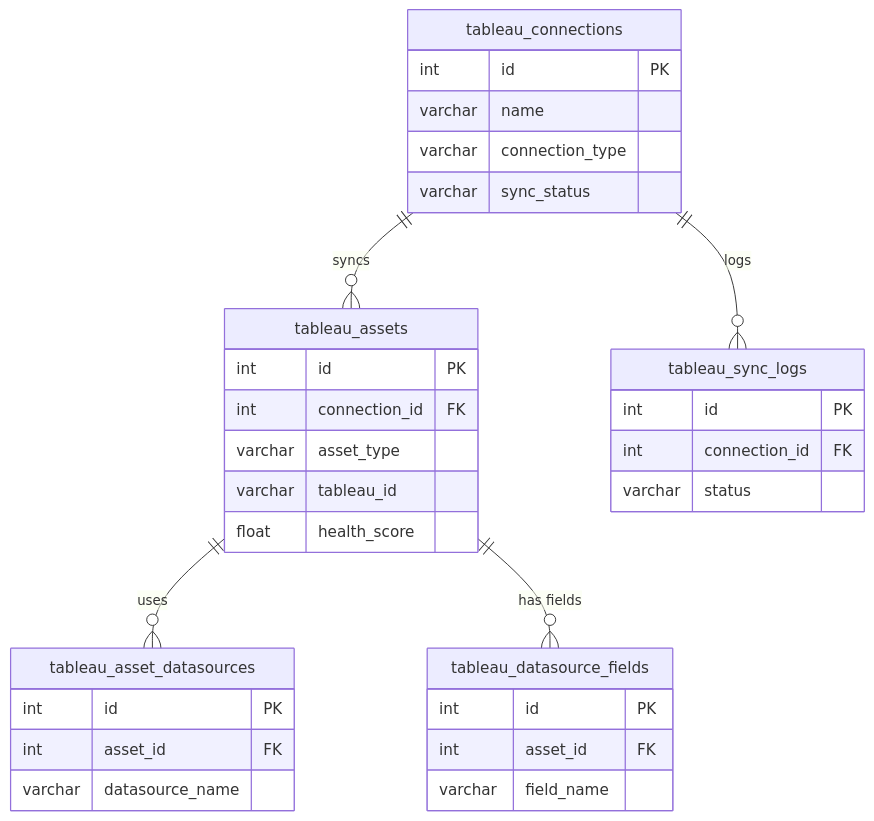
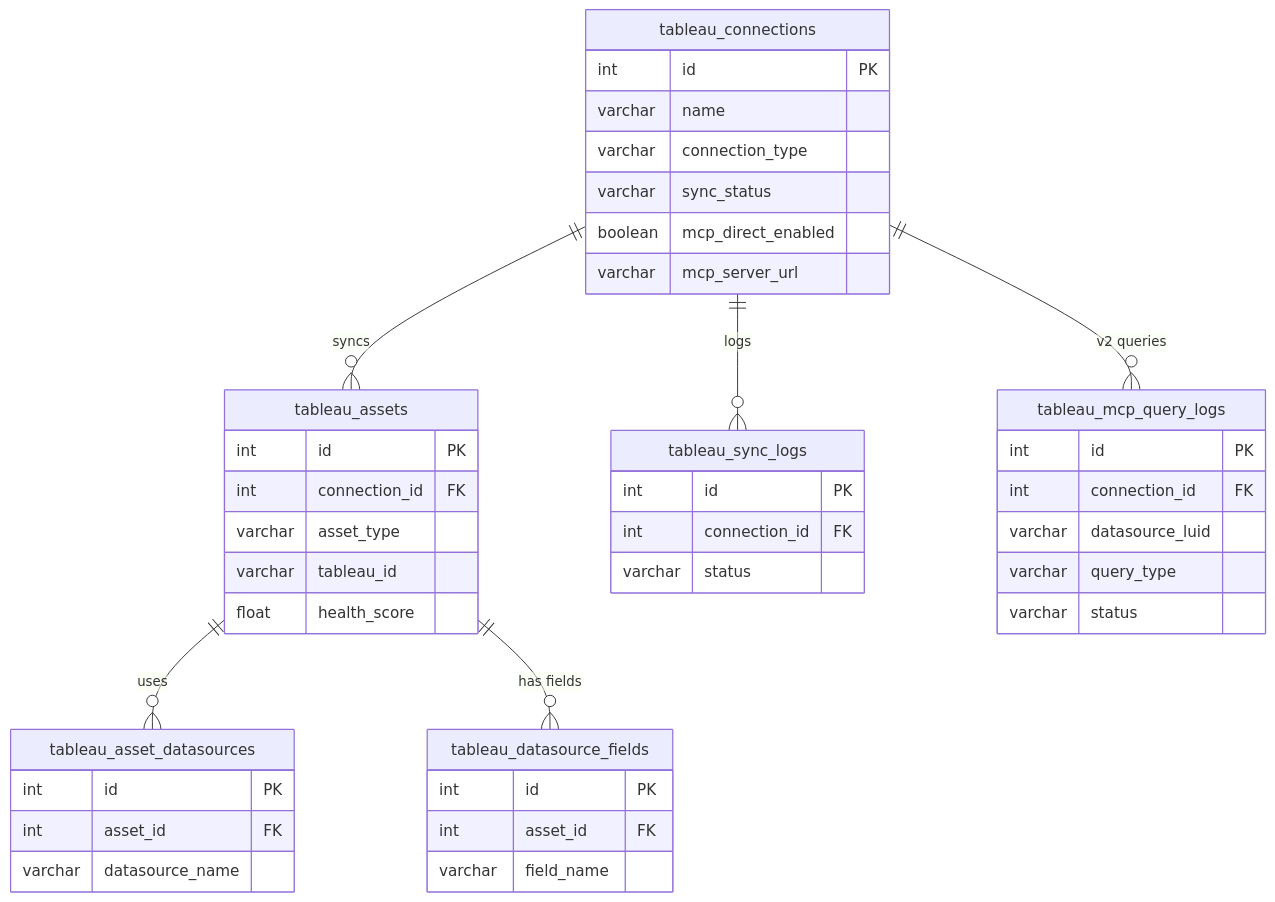
Before and after one commit to Forrest219/mulan-bi-platform: the third of 4 diagrams in docs/specs/03-data-model-overview.md, drawn with Mermaid. The commit also changed other lines of this file and 18 other files, not shown here.

````diff
--- a/docs/specs/03-data-model-overview.md
+++ b/docs/specs/03-data-model-overview.md
@@ -518,36 +543,46 @@
 ```mermaid
 erDiagram
     tableau_connections ||--o{ tableau_assets : "syncs"
     tableau_connections ||--o{ tableau_sync_logs : "logs"
+    tableau_connections ||--o{ tableau_mcp_query_logs : "v2 queries"
     tableau_assets ||--o{ tableau_asset_datasources : "uses"
     tableau_assets ||--o{ tableau_datasource_fields : "has fields"
 
     tableau_connections {
         int id PK
         varchar name
         varchar connection_type
         varchar sync_status
+        boolean mcp_direct_enabled
+        varchar mcp_server_url
     }
     tableau_assets {
         int id PK
         int connection_id FK
         varchar asset_type
         varchar tableau_id
         float health_score
     }
     tableau_asset_datasources {
         int id PK
         int asset_id FK
         varchar datasource_name
     }
     tableau_sync_logs {
         int id PK
         int connection_id FK
         varchar status
     }
     tableau_datasource_fields {
         int id PK
         int asset_id FK
         varchar field_name
     }
+    tableau_mcp_query_logs {
+        int id PK
+        int connection_id FK
+        varchar datasource_luid
+        varchar query_type
+        varchar status
+    }
 ```
````
